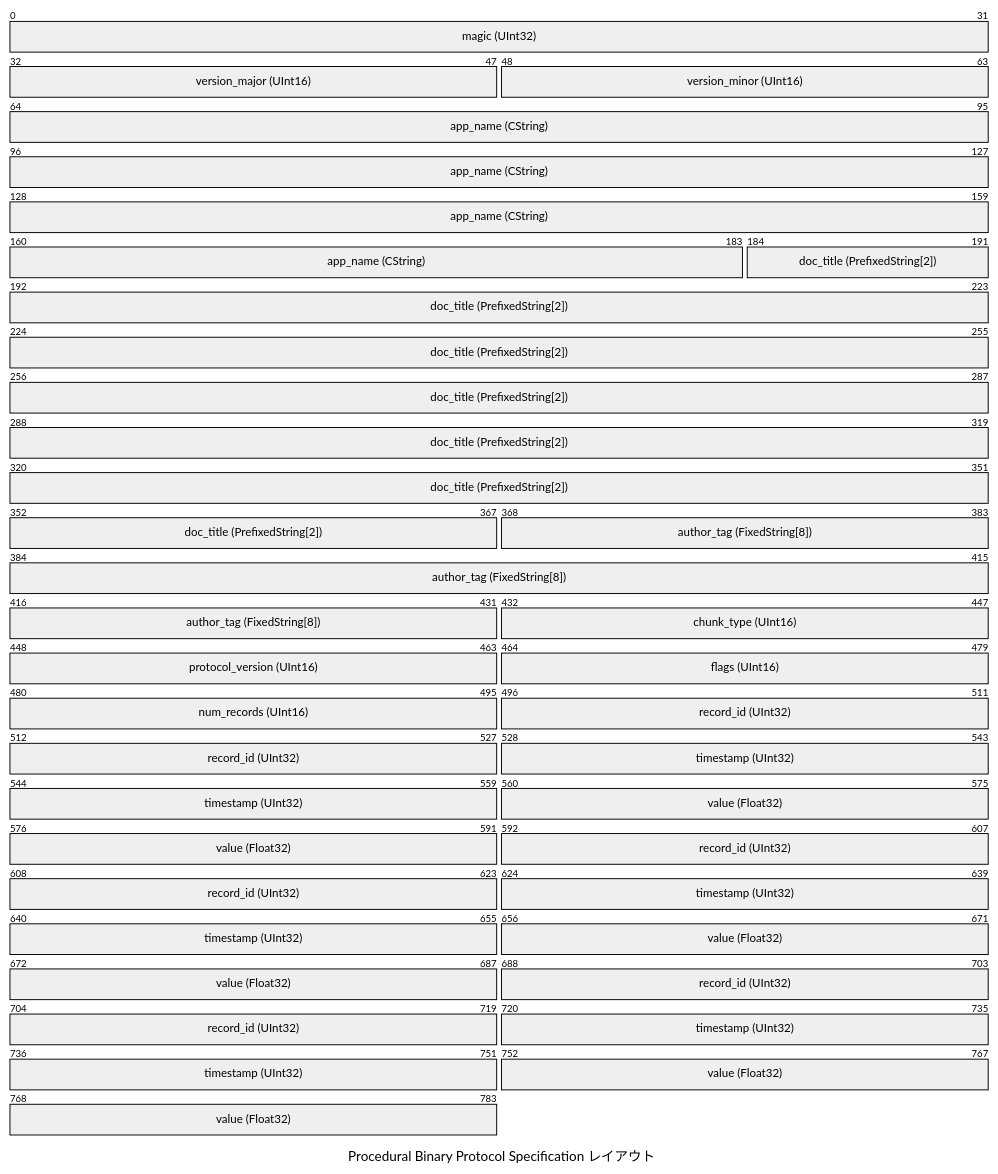
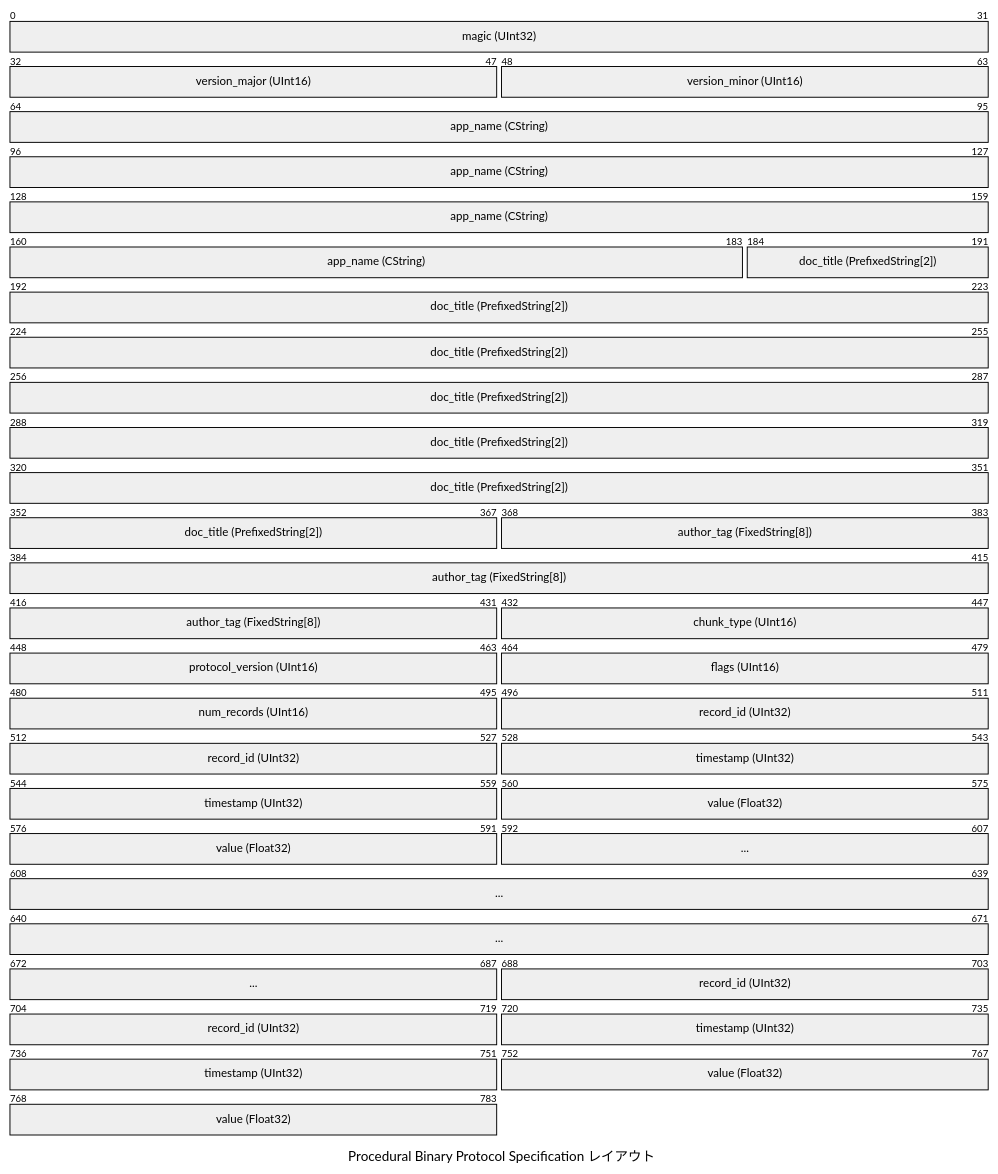
Before and after one commit to tamon-ishii/binary_master: the second of 8 diagrams in sample/writer_output_spec.md, drawn with Mermaid. The commit also changed other lines of this file and 12 other files, not shown here.

````diff
--- a/sample/writer_output_spec.md
+++ b/sample/writer_output_spec.md
@@ -52,23 +52,21 @@
 ```mermaid
 packet-beta
 title Procedural Binary Protocol Specification レイアウト
 0-31: "magic (UInt32)"
 32-47: "version_major (UInt16)"
 48-63: "version_minor (UInt16)"
 64-183: "app_name (CString)"
 184-367: "doc_title (PrefixedString[2])"
 368-431: "author_tag (FixedString[8])"
 432-447: "chunk_type (UInt16)"
 448-463: "protocol_version (UInt16)"
 464-479: "flags (UInt16)"
 480-495: "num_records (UInt16)"
 496-527: "record_id (UInt32)"
 528-559: "timestamp (UInt32)"
 560-591: "value (Float32)"
-592-623: "record_id (UInt32)"
-624-655: "timestamp (UInt32)"
-656-687: "value (Float32)"
+592-687: "..."
 688-719: "record_id (UInt32)"
 720-751: "timestamp (UInt32)"
 752-783: "value (Float32)"
 ```
````
